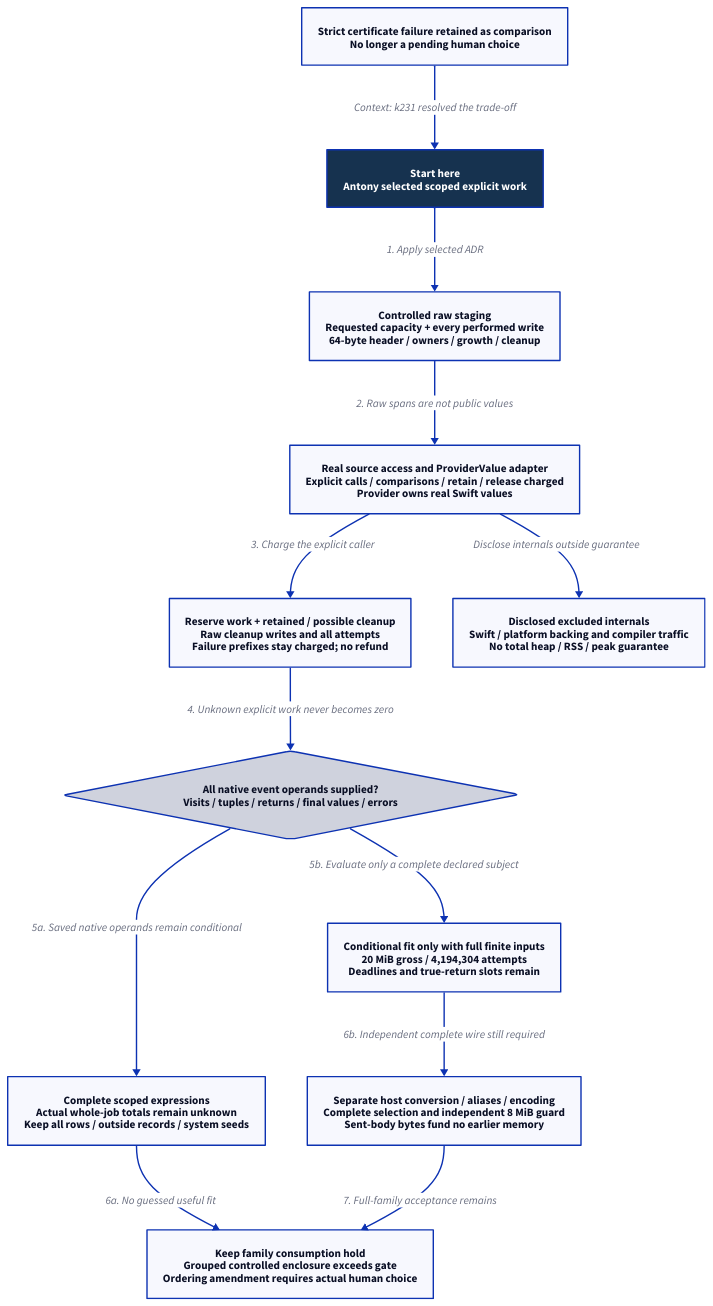
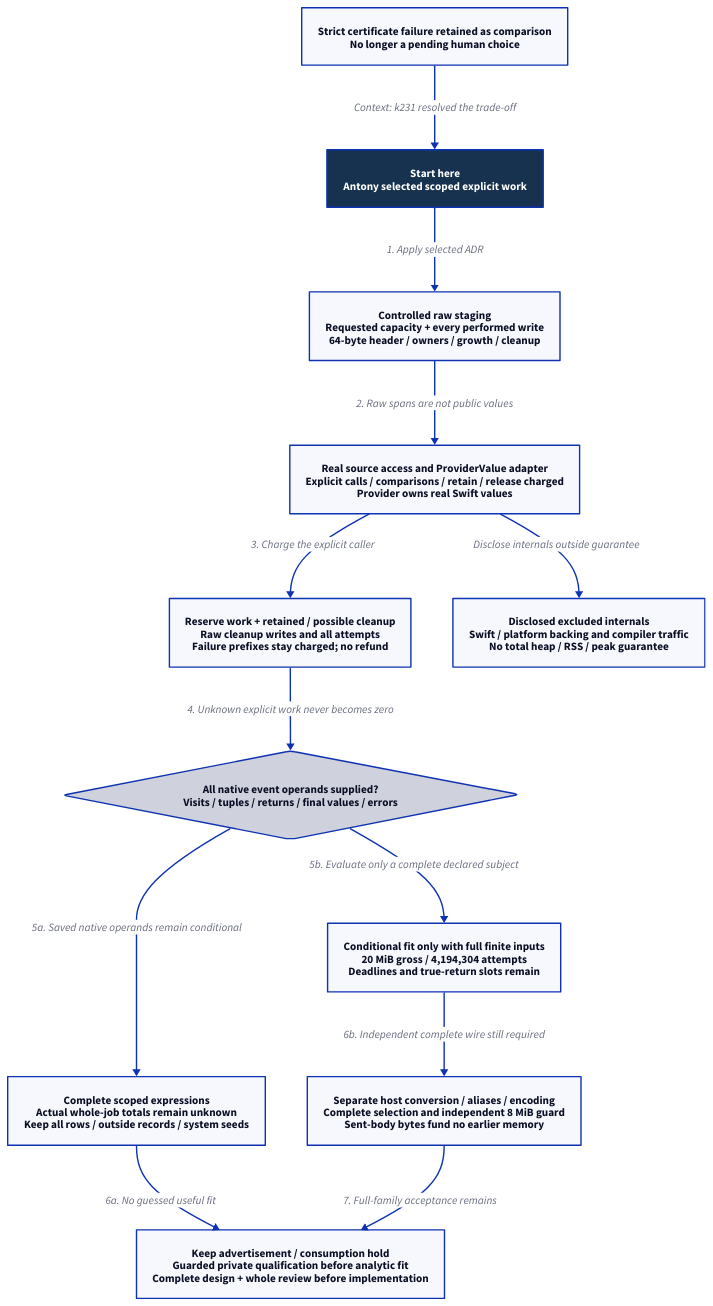
One commit to Linkuistics/Koine changed the diagram in docs/design/architecture/native-metadata-runtime-admission.d2. Above: the diagram before and after it, drawn with D2. The commit also changed 54 other files, not shown here.

Commit message:
Select guarded private application qualification (application-metadata-acceptance-ordering-k235)

```diff
--- a/docs/design/architecture/native-metadata-runtime-admission.d2
+++ b/docs/design/architecture/native-metadata-runtime-admission.d2
@@ -1,27 +1,27 @@
 direction: down
 start: "Start here\nAntony selected scoped explicit work" {
  style.fill: "#16324f"
  style.font-color: white
  style.bold: true
 }
 raw: "Controlled raw staging\nRequested capacity + every performed write\n64-byte header / owners / growth / cleanup"
 calls: "Real source access and ProviderValue adapter\nExplicit calls / comparisons / retain / release charged\nProvider owns real Swift values"
 reserve: "Reserve work + retained / possible cleanup\nRaw cleanup writes and all attempts\nFailure prefixes stay charged; no refund"
 exclude: "Disclosed excluded internals\nSwift / platform backing and compiler traffic\nNo total heap / RSS / peak guarantee"
 inputs: "All native event operands supplied?\nVisits / tuples / returns / final values / errors" { shape: diamond }
 conditional: "Complete scoped expressions\nActual whole-job totals remain unknown\nKeep all rows / outside records / system seeds"
 fit: "Conditional fit only with full finite inputs\n20 MiB gross / 4,194,304 attempts\nDeadlines and true-return slots remain"
 host: "Separate host conversion / aliases / encoding\nComplete selection and independent 8 MiB guard\nSent-body bytes fund no earlier memory"
-hold: "Keep family consumption hold\nGrouped controlled enclosure exceeds gate\nOrdering amendment requires actual human choice"
+hold: "Keep advertisement / consumption hold\nGuarded private qualification before analytic fit\nComplete design + whole review before implementation"
 comparison: "Strict certificate failure retained as comparison\nNo longer a pending human choice"
 start -> raw: "1. Apply selected ADR"
 raw -> calls: "2. Raw spans are not public values"
 calls -> reserve: "3. Charge the explicit caller"
 calls -> exclude: "Disclose internals outside guarantee"
 reserve -> inputs: "4. Unknown explicit work never becomes zero"
 inputs -> conditional: "5a. Saved native operands remain conditional"
 inputs -> fit: "5b. Evaluate only a complete declared subject"
 conditional -> hold: "6a. No guessed useful fit"
 fit -> host: "6b. Independent complete wire still required"
 host -> hold: "7. Full-family acceptance remains"
 comparison -> start: "Context: k231 resolved the trade-off"
```
